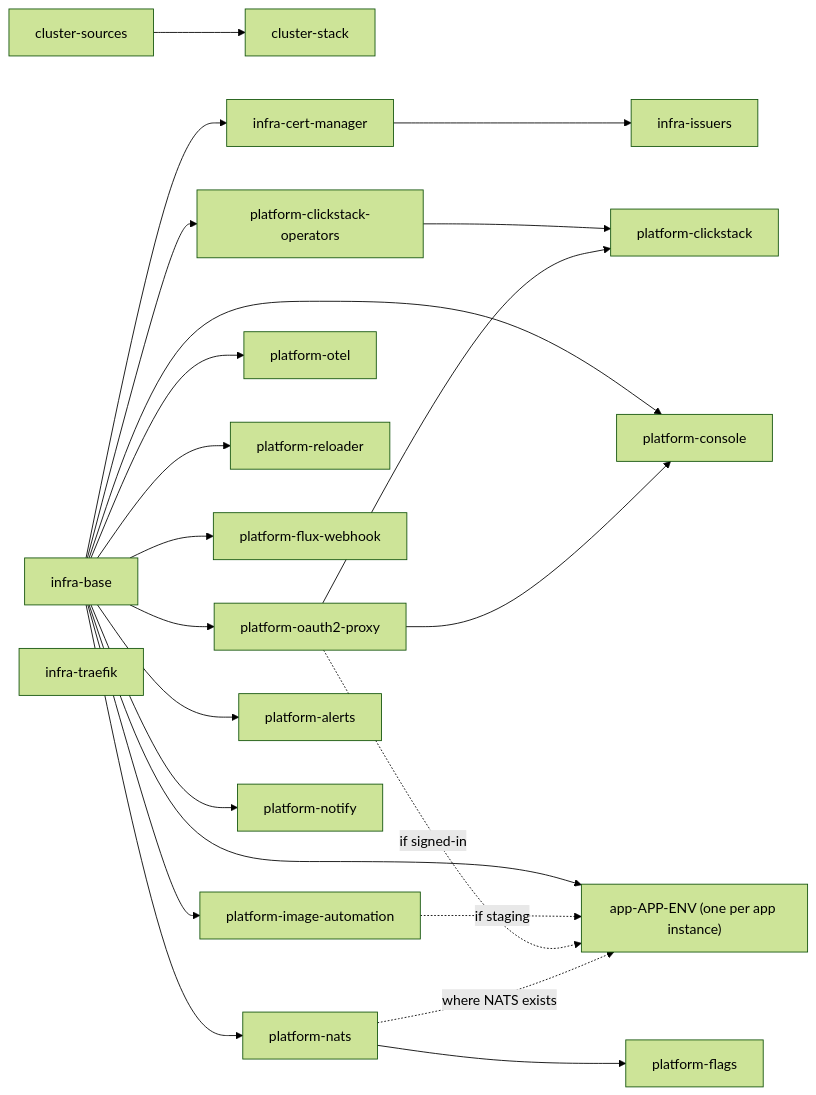
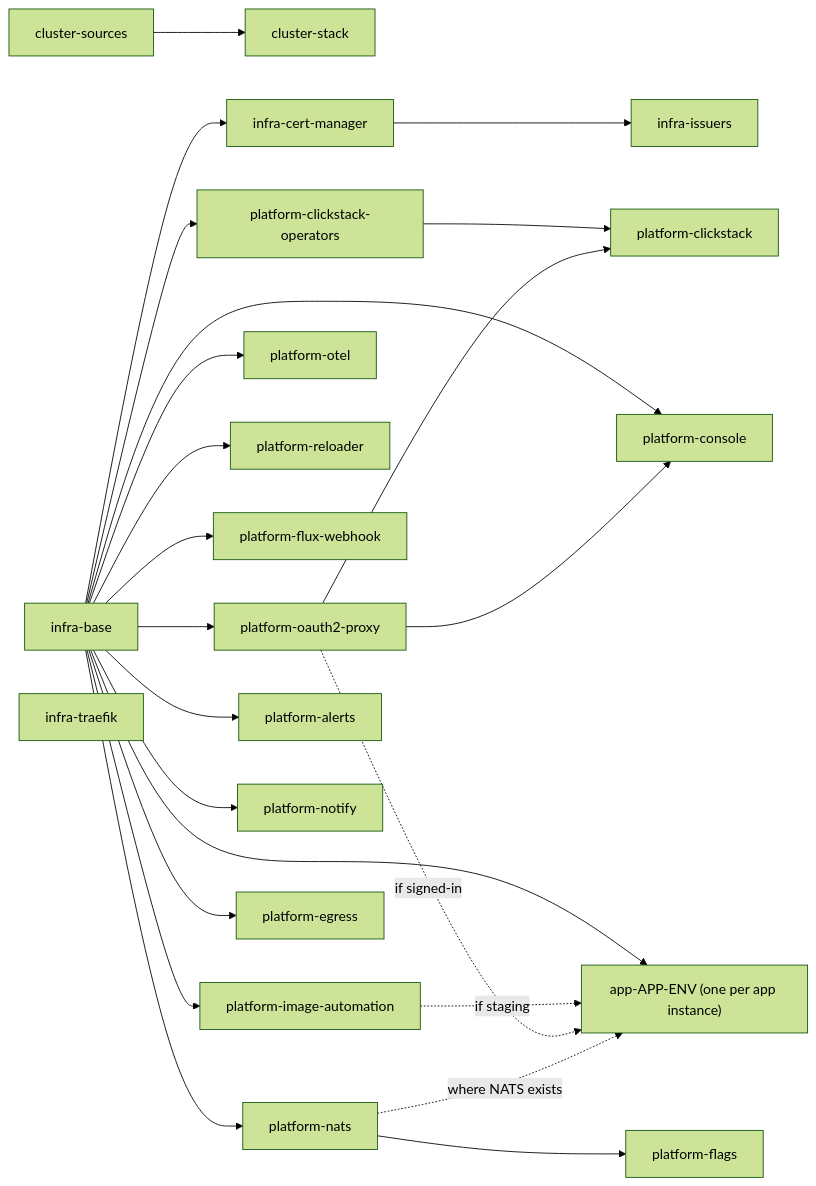
Before and after one commit to samclement/swhurl-platform: the second of 6 diagrams in docs/architecture.md, drawn with Mermaid (forest theme). The commit also changed other lines of this file and 36 other files, not shown here.

````diff
--- a/docs/architecture.md
+++ b/docs/architecture.md
@@ -63,22 +63,23 @@
 ```mermaid
 flowchart LR
   sources[cluster-sources] --> stack[cluster-stack]
   base[infra-base] --> cm[infra-cert-manager] --> issuers[infra-issuers]
   base --> auth[platform-oauth2-proxy]
   base --> ops[platform-clickstack-operators] --> clickstack[platform-clickstack]
   auth --> clickstack
   base --> otel[platform-otel]
   base --> reloader[platform-reloader]
   base --> webhook[platform-flux-webhook]
   base --> imageauto[platform-image-automation]
   base --> alerts[platform-alerts]
   base --> notify[platform-notify]
   base --> console[platform-console]
   auth --> console
   base --> nats[platform-nats] --> flags[platform-flags]
+  base --> egress[platform-egress]
   traefik[infra-traefik]
   base --> app["app-APP-ENV (one per app instance)"]
   imageauto -. if staging .-> app
   auth -. if signed-in .-> app
   nats -. where NATS exists .-> app
 ```
````
